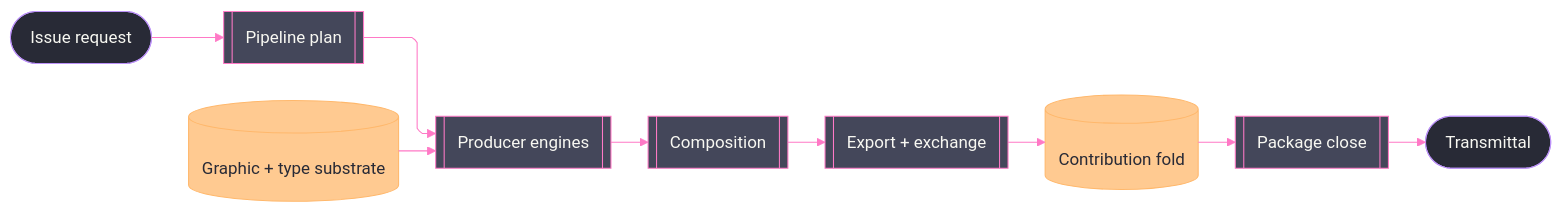
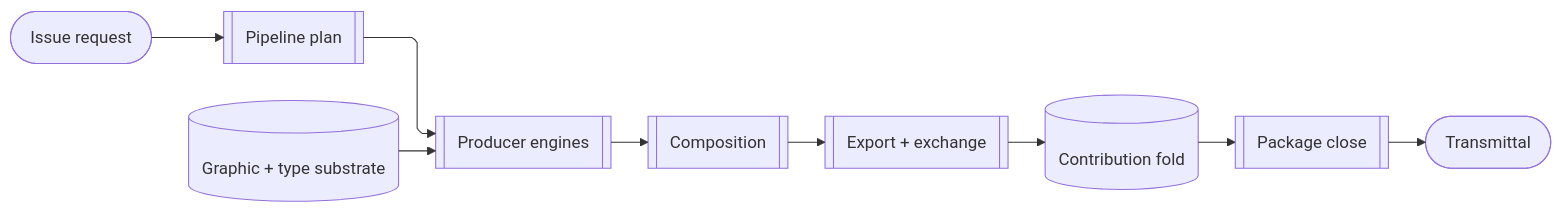
One commit to bsamiee/Rasm changed the second of 3 diagrams in libs/python/artifacts/ARCHITECTURE.md. Above: the diagram before and after it, drawn with Mermaid. The commit also changed other lines of this file and 460 other files, not shown here.

````diff
--- a/libs/python/artifacts/ARCHITECTURE.md
+++ b/libs/python/artifacts/ARCHITECTURE.md
@@ -187,42 +153,20 @@
 ```mermaid
 ---
 config:
-  theme: base
-  look: classic
   layout: elk
   flowchart:
     curve: linear
     padding: 25
-  themeVariables:
-    darkMode: true
-    fontFamily: "SF Mono, Menlo, Cascadia Mono, Segoe UI Mono, Consolas, monospace"
-    useGradient: false
-    dropShadow: "none"
-    background: "#282A36"
-    primaryColor: "#44475A"
-    primaryTextColor: "#F8F8F2"
-    primaryBorderColor: "#BD93F9"
-    lineColor: "#FF79C6"
-    textColor: "#F8F8F2"
-    edgeLabelBackground: "#21222C"
-    labelBackgroundColor: "#21222C"
-  themeCSS: ".nodeLabel{font-size:13px;font-weight:500}.edgeLabel{font-size:12px;font-weight:500}.cluster-label .nodeLabel{font-size:13.5px;font-weight:700;letter-spacing:.08em}.edge-thickness-normal{stroke-width:2px}.edge-thickness-thick{stroke-width:3px}.edge-pattern-dashed,.edge-pattern-dotted{stroke-width:1.5px;stroke-dasharray:4 6}.node rect,.node circle,.node polygon,.node path,.node .outer-path{stroke-width:1.5px;filter:none!important}.cluster rect{stroke-width:1px!important;stroke-dasharray:5 4!important;filter:none!important}.marker path{transform:scale(.8);transform-origin:5px 5px}.marker circle{transform:scale(.48);transform-origin:5px 5px}.edgeLabel rect{transform-box:fill-box;transform-origin:center;transform:scale(1.1,1.2)}"
 ---
 flowchart LR
     accTitle: Artifacts production spine
     accDescr: The internal pipeline from an issue request through the content-keyed plan and the producer engines drawing on the graphic and typography substrate, into composition, export and exchange finishing, the one receipt fold, and the content-addressed package close.
     Issue([Issue request]) --> Plan[[Pipeline plan]]
     Substrate[(Graphic + type substrate)] --> Engines
     Plan --> Engines[[Producer engines]]
     Engines --> Compose[[Composition]]
     Compose --> Finish[[Export + exchange]]
     Finish --> Fold[(Contribution fold)]
     Fold --> Package[[Package close]]
     Package --> Deliver([Transmittal])
-    classDef boundary fill:#282A36,stroke:#BD93F9,color:#F8F8F2
-    classDef primary fill:#44475A,stroke:#FF79C6,color:#F8F8F2
-    classDef data fill:#FFB86CBF,stroke:#FFB86C,color:#282A36
-    class Issue,Deliver boundary
-    class Plan,Engines,Compose,Finish,Package primary
-    class Substrate,Fold data
 ```
````
